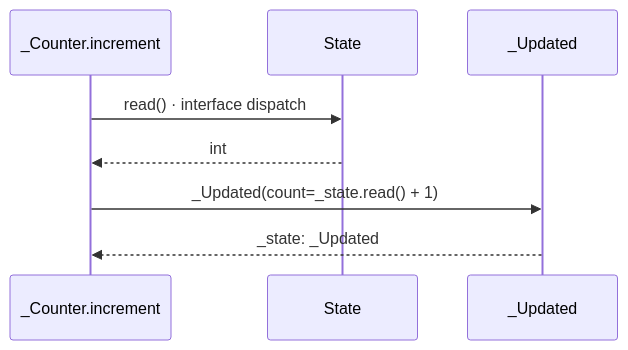
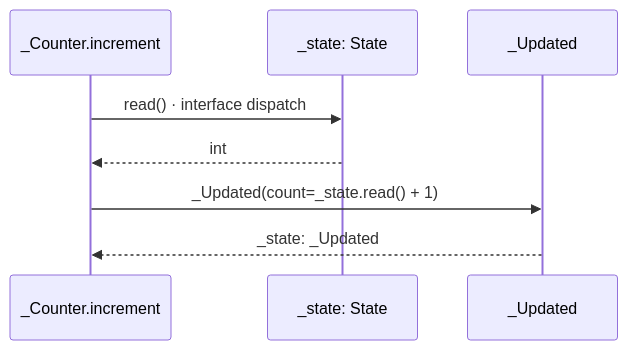
One commit to GreenPandaStudios/augscript changed the third of 4 diagrams in docs/examples/approved-design/counters-diagrams.md. Above: the diagram before and after it, drawn with Mermaid. The commit also changed other lines of this file and 102 other files, not shown here.

Commit message:
Keep named service receivers distinct in sequence data flow

````diff
--- a/docs/examples/approved-design/counters-diagrams.md
+++ b/docs/examples/approved-design/counters-diagrams.md
@@ -123,10 +123,10 @@
 ```mermaid
 sequenceDiagram
     participant p0 as _Counter.increment
-    participant p1 as State
+    participant p1 as _state: State
     participant p2 as _Updated
     p0->>p1: read() · interface dispatch
     p1-->>p0: int
     p0->>p2: _Updated(count=_state.read() + 1)
     p2-->>p0: _state: _Updated
 ```
````
